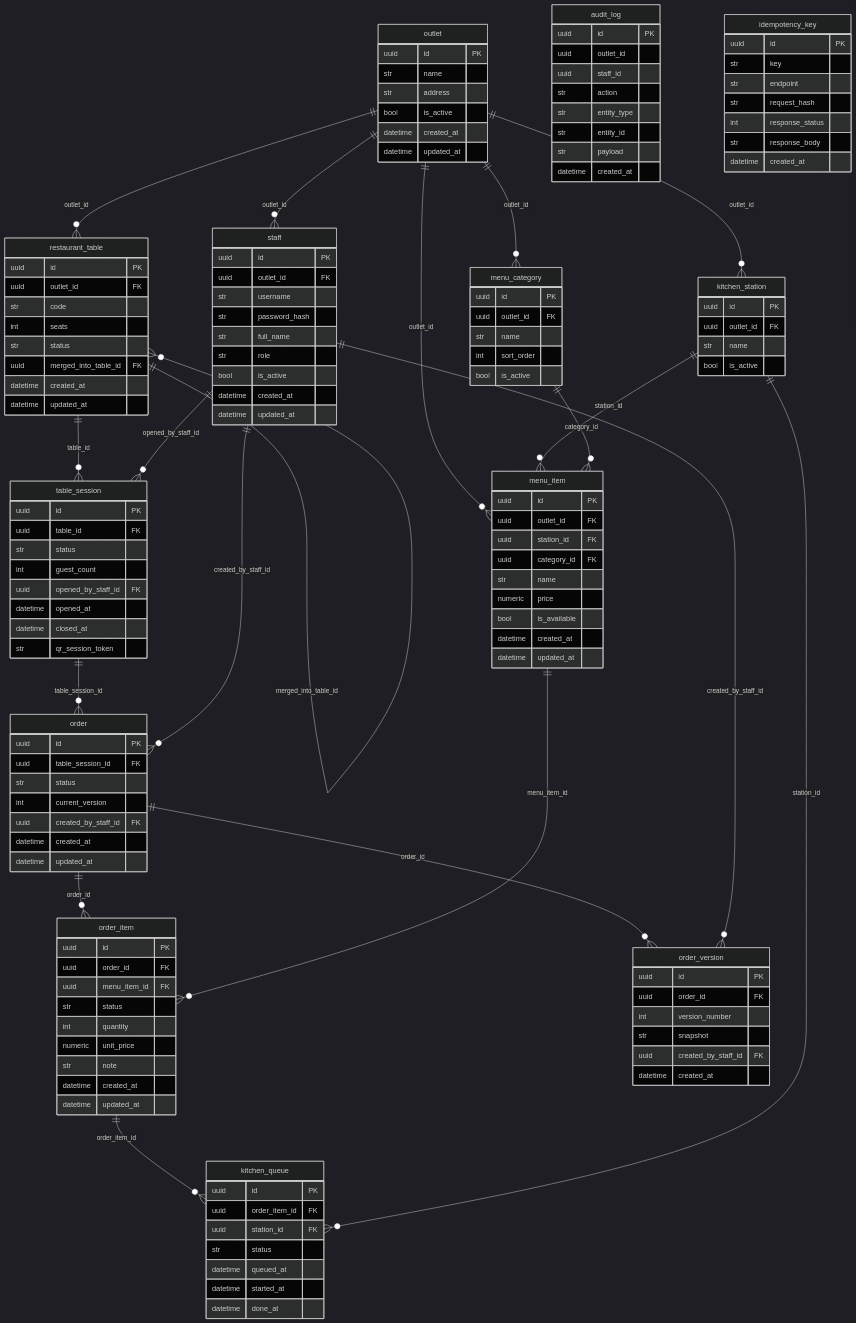
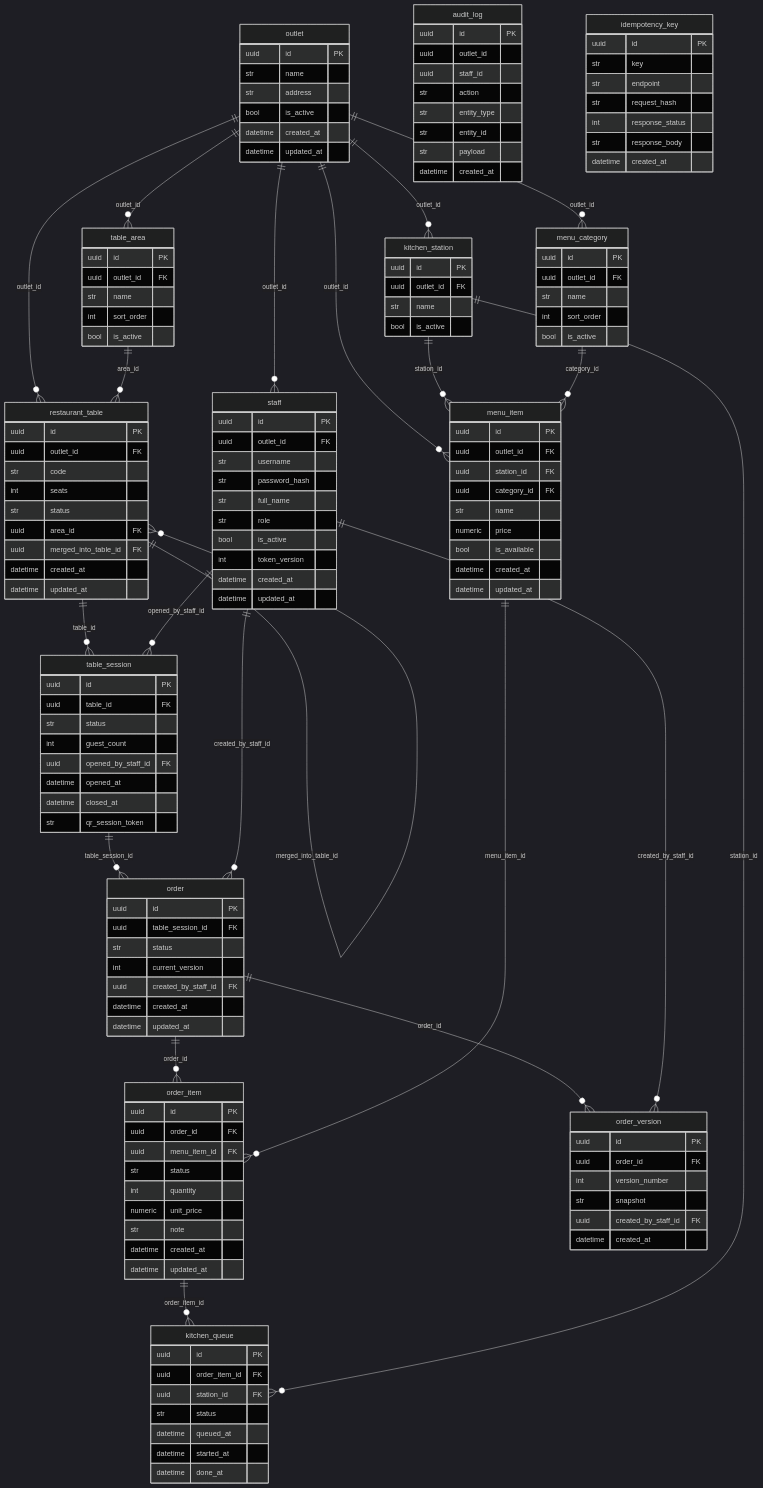
One commit to Mouse-hybrid/DU-AN-THUC-TAP changed the diagram in docs/erd.md. Above: the diagram before and after it, drawn with Mermaid (dark theme). The commit also changed 16 other files, not shown here.

````diff
--- a/docs/erd.md
+++ b/docs/erd.md
@@ -5,6 +5,8 @@
 ```mermaid
 erDiagram
+    "outlet" ||--o{ "table_area" : "outlet_id"
     "outlet" ||--o{ "restaurant_table" : "outlet_id"
+    "table_area" ||--o{ "restaurant_table" : "area_id"
     "restaurant_table" ||--o{ "restaurant_table" : "merged_into_table_id"
     "restaurant_table" ||--o{ "table_session" : "table_id"
     "staff" ||--o{ "table_session" : "opened_by_staff_id"
@@ -30,12 +32,20 @@
         datetime created_at
         datetime updated_at
     }
+    "table_area" {
+        uuid id PK
+        uuid outlet_id FK
+        str name
+        int sort_order
+        bool is_active
+    }
     "restaurant_table" {
         uuid id PK
         uuid outlet_id FK
         str code
         int seats
         str status
+        uuid area_id FK
         uuid merged_into_table_id FK
         datetime created_at
         datetime updated_at
@@ -119,6 +129,7 @@
         str full_name
         str role
         bool is_active
+        int token_version
         datetime created_at
         datetime updated_at
     }
````
